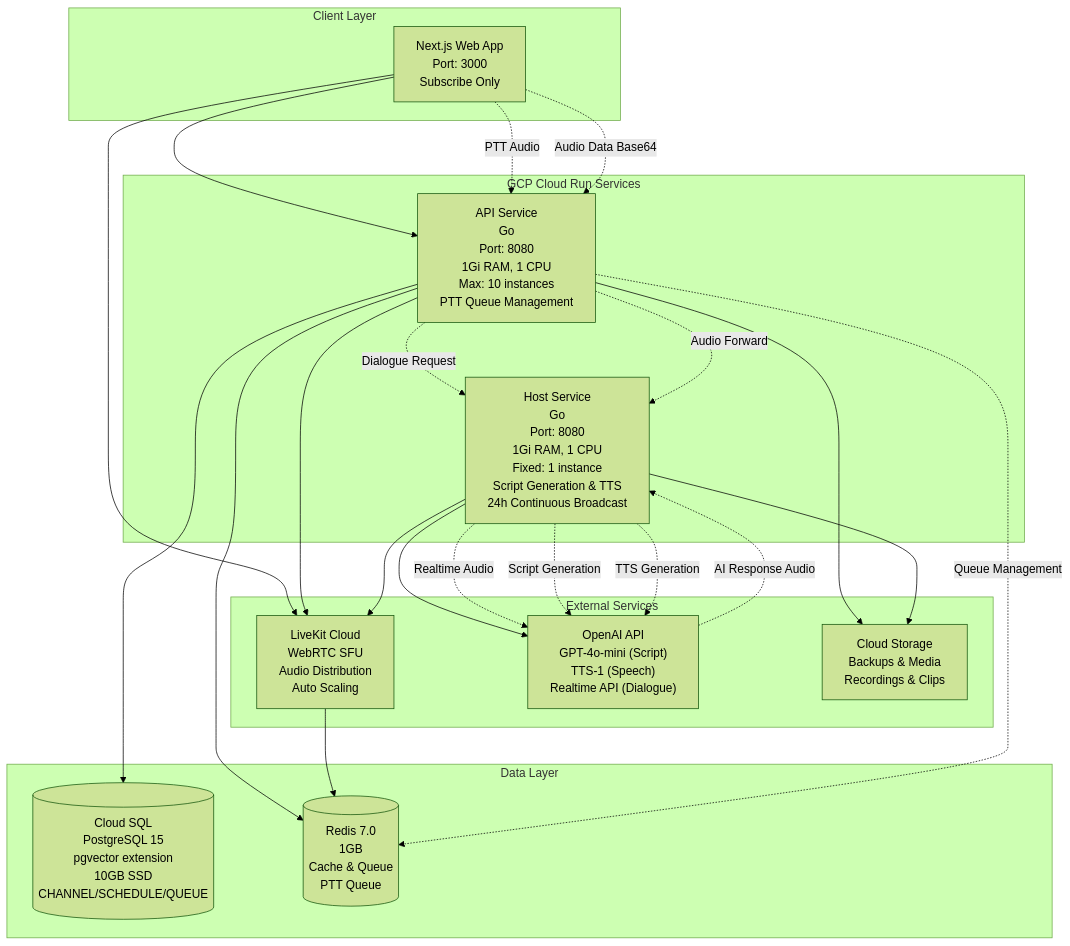
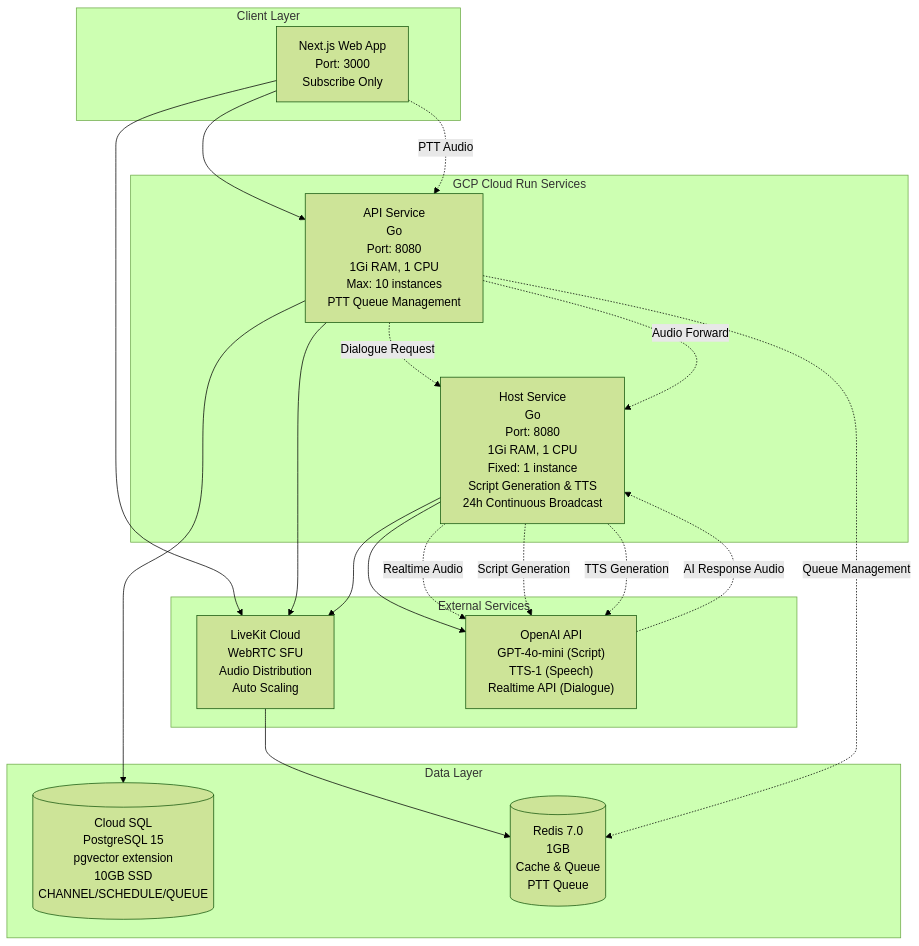
One commit to IzmYuta/Hacz_Ichthyo changed the first of 3 diagrams in docs/architecture-diagram.md. Above: the diagram before and after it, drawn with Mermaid (forest theme). The commit also changed other lines of this file, not shown here.

Commit message:
アーキテクチャ図からストレージ関連の要素を削除し、APIとREDISの接続を削除しました。また、音声データの接続に関する記述を整理しました。

````diff
--- a/docs/architecture-diagram.md
+++ b/docs/architecture-diagram.md
@@ -5,53 +5,48 @@
 ```mermaid
 graph TB
     subgraph "Client Layer"
         WEB["Next.js Web App<br/>Port: 3000<br/>Subscribe Only"]
     end
     
     subgraph "GCP Cloud Run Services"
         API["API Service<br/>Go<br/>Port: 8080<br/>1Gi RAM, 1 CPU<br/>Max: 10 instances<br/>PTT Queue Management"]
         HOST["Host Service<br/>Go<br/>Port: 8080<br/>1Gi RAM, 1 CPU<br/>Fixed: 1 instance<br/>Script Generation & TTS<br/>24h Continuous Broadcast"]
     end
     
     subgraph "Data Layer"
         DB[("Cloud SQL<br/>PostgreSQL 15<br/>pgvector extension<br/>10GB SSD<br/>CHANNEL/SCHEDULE/QUEUE")]
         REDIS[("Redis 7.0<br/>1GB<br/>Cache & Queue<br/>PTT Queue")]
     end
     
     subgraph "External Services"
         LIVEKIT["LiveKit Cloud<br/>WebRTC SFU<br/>Audio Distribution<br/>Auto Scaling"]
         OPENAI["OpenAI API<br/>GPT-4o-mini (Script)<br/>TTS-1 (Speech)<br/>Realtime API (Dialogue)"]
-        STORAGE["Cloud Storage<br/>Backups & Media<br/>Recordings & Clips"]
     end
     
     
     %% Client connections (Subscribe Only)
     WEB --> LIVEKIT
     WEB --> API
     
     %% Service connections
     API --> DB
-    API --> REDIS
     API --> LIVEKIT
     HOST --> LIVEKIT
     HOST --> OPENAI
     LIVEKIT --> REDIS
     
     %% PTT Flow (Dialogue Mode)
     WEB -.->|PTT Audio| API
     API -.->|Queue Management| REDIS
     API -.->|Dialogue Request| HOST
-    WEB -.->|Audio Data Base64| API
     API -.->|Audio Forward| HOST
     HOST -.->|Realtime Audio| OPENAI
     OPENAI -.->|AI Response Audio| HOST
     
     %% Script Generation Flow
     HOST -.->|Script Generation| OPENAI
     HOST -.->|TTS Generation| OPENAI
     
-    %% Data connections
-    API --> STORAGE
-    HOST --> STORAGE
+
     
 ```
````
